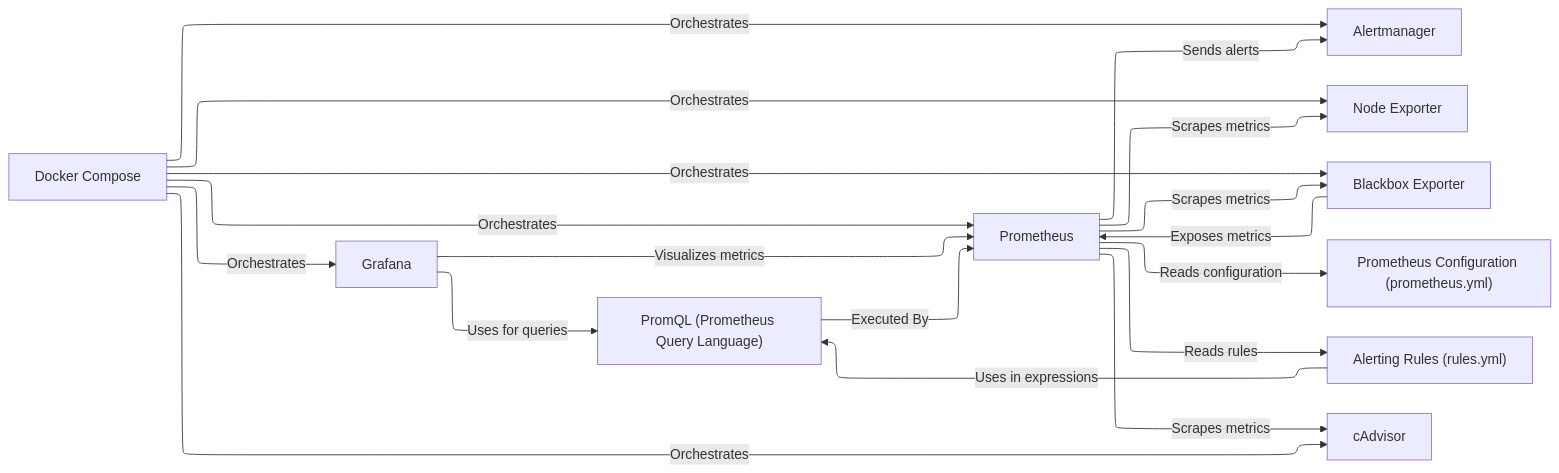
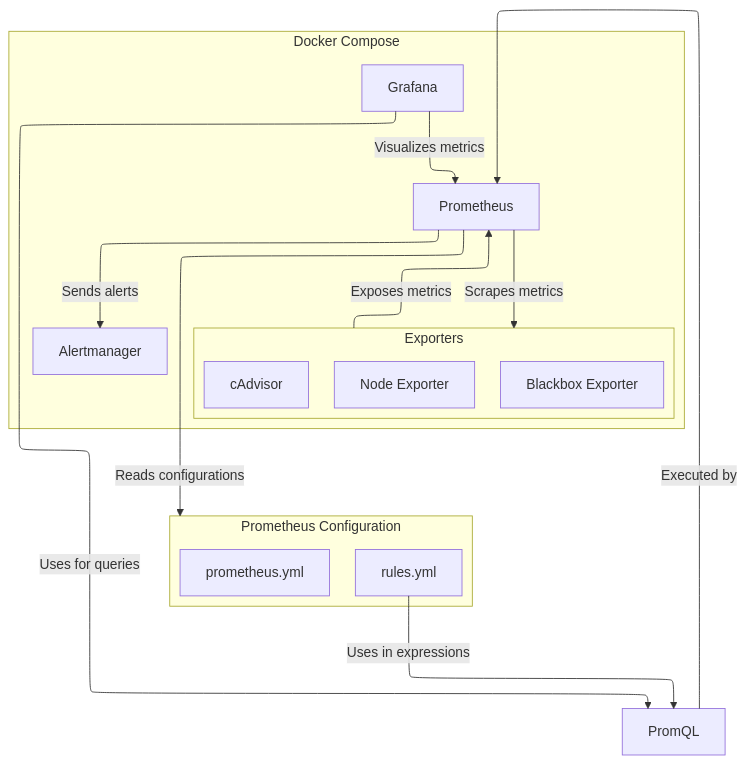
The diagram in docs/index.md (samin-irtiza/container-monitoring), drawn with Mermaid before and after one commit.

Commit message:
Update Diagram

````diff
--- a/docs/index.md
+++ b/docs/index.md
@@ -14,41 +14,31 @@
 ```mermaid
 %%{init: {"flowchart": {"defaultRenderer": "elk"}} }%%
-flowchart LR
-    A0["Docker Compose
-"]
-    A1["Prometheus
-"]
-    A2["Alertmanager
-"]
-    A3["Node Exporter
-"]
-    A4["Blackbox Exporter
-"]
-    A5["Grafana
-"]
-    A6["PromQL (Prometheus Query Language)
-"]
-    A7["Prometheus Configuration (prometheus.yml)
-"]
-    A8["Alerting Rules (rules.yml)
-"]
-    A9["cAdvisor
-"]
-    A0 -- "Orchestrates" --> A1
-    A0 -- "Orchestrates" --> A2
-    A0 -- "Orchestrates" --> A3
-    A0 -- "Orchestrates" --> A4
-    A0 -- "Orchestrates" --> A5
-    A0 -- "Orchestrates" --> A9
-    A1 -- "Scrapes metrics" --> A3
-    A1 -- "Scrapes metrics" --> A4
-    A1 -- "Scrapes metrics" --> A9
-    A1 -- "Sends alerts" --> A2
-    A6 -- "Executed By" --> A1
-    A1 -- "Reads configuration" --> A7
-    A1 -- "Reads rules" --> A8
-    A5 -- "Visualizes metrics" --> A1
-    A5 -- "Uses for queries" --> A6
-    A8 -- "Uses in expressions" --> A6
-    A4 -- "Exposes metrics" --> A1
+flowchart TD
+    subgraph DockerCompose["Docker Compose"]
+        A1["Prometheus"]
+        A2["Alertmanager"]
+        A5["Grafana"]
+
+        subgraph Exporters["Exporters"]
+            A3["Node Exporter"]
+            A4["Blackbox Exporter"]
+            A9["cAdvisor"]
+        end
+    end
+
+    subgraph PrometheusConfig["Prometheus Configuration"]
+        A7["prometheus.yml"]
+        A8["rules.yml"]
+    end
+
+    A6["PromQL"] -->|Executed by| A1
+    A1 -->|Reads configurations| PrometheusConfig
+    A1 -->|Sends alerts| A2
+    A1 -->|Scrapes metrics| Exporters
+
+    A8 -->|Uses in expressions| A6
+
+    A5 -->|Visualizes metrics| A1
+    A5 -->|Uses for queries| A6
+    Exporters -->|Exposes metrics| A1
 ```
````
